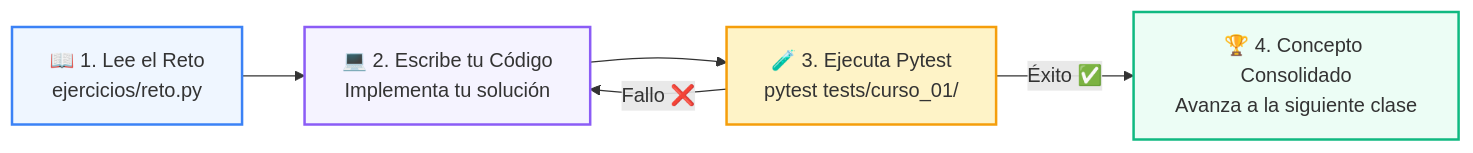
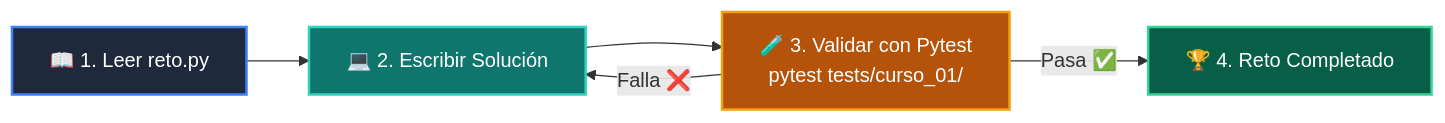
Before and after one commit to wisrovi/wisrovi-python: the diagram in 01-fundamentos-python/clase-01-panorama-general/ejercicios/README.md, drawn with Mermaid. The commit also changed other lines of this file and 271 other files, not shown here.

Commit message:
docs: rewrite all README.md files with bespoke topic-specific Mermaid diagrams and remove repetitive boilerplate

````diff
--- a/01-fundamentos-python/clase-01-panorama-general/ejercicios/README.md
+++ b/01-fundamentos-python/clase-01-panorama-general/ejercicios/README.md
@@ -10,12 +15,12 @@
 ```mermaid
 flowchart LR
-    A["📖 1. Lee el Reto<br/>ejercicios/reto.py"] --> B["💻 2. Escribe tu Código<br/>Implementa tu solución"]
-    B --> C["🧪 3. Ejecuta Pytest<br/>pytest tests/curso_01/"]
-    C -->|Fallo ❌| B
-    C -->|Éxito ✅| D["🏆 4. Concepto Consolidado<br/>Avanza a la siguiente clase"]
+    A["📖 1. Leer reto.py"] --> B["💻 2. Escribir Solución"]
+    B --> C["🧪 3. Validar con Pytest<br/>pytest tests/curso_01/"]
+    C -->|Falla ❌| B
+    C -->|Pasa ✅| D["🏆 4. Reto Completado"]
 
-    style A fill:#eff6ff,stroke:#3b82f6,stroke-width:2px
-    style B fill:#f5f3ff,stroke:#8b5cf6,stroke-width:2px
-    style C fill:#fef3c7,stroke:#f59e0b,stroke-width:2px
-    style D fill:#ecfdf5,stroke:#10b981,stroke-width:2px
+    style A fill:#1e293b,color:#fff,stroke:#3b82f6,stroke-width:2px
+    style B fill:#0f766e,color:#fff,stroke:#2dd4bf,stroke-width:2px
+    style C fill:#b45309,color:#fff,stroke:#f59e0b,stroke-width:2px
+    style D fill:#065f46,color:#fff,stroke:#34d399,stroke-width:2px
 ```
````
